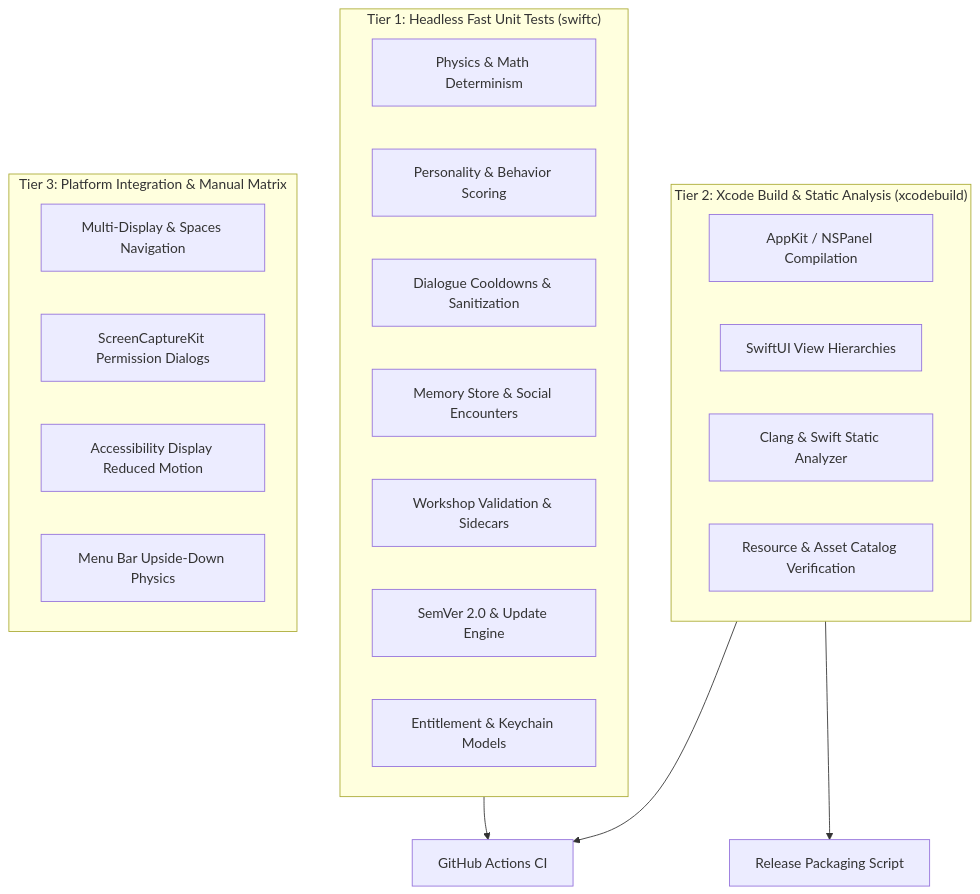
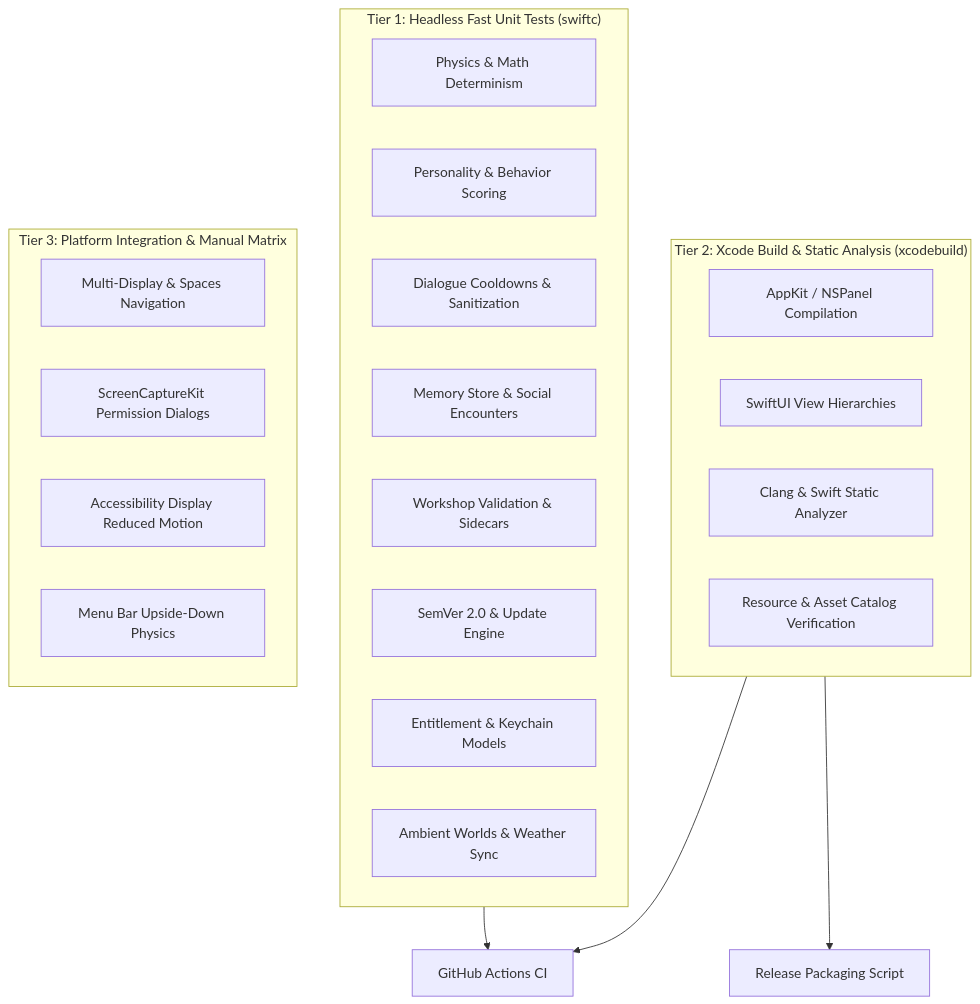
One commit to sharmao07/Animatto changed the diagram in docs/TEST_PLAN.md. Above: the diagram before and after it, drawn with Mermaid. The commit also changed other lines of this file and 6 other files, not shown here.

Commit message:
docs: finalize roadmap and release documentation

````diff
--- a/docs/TEST_PLAN.md
+++ b/docs/TEST_PLAN.md
@@ -14,30 +14,31 @@
 ```mermaid
 flowchart TD
     subgraph L1 ["Tier 1: Headless Fast Unit Tests (swiftc)"]
         U1["Physics & Math Determinism"]
         U2["Personality & Behavior Scoring"]
         U3["Dialogue Cooldowns & Sanitization"]
         U4["Memory Store & Social Encounters"]
         U5["Workshop Validation & Sidecars"]
         U6["SemVer 2.0 & Update Engine"]
         U7["Entitlement & Keychain Models"]
+        U8["Ambient Worlds & Weather Sync"]
     end
     
     subgraph L2 ["Tier 2: Xcode Build & Static Analysis (xcodebuild)"]
         X1["AppKit / NSPanel Compilation"]
         X2["SwiftUI View Hierarchies"]
         X3["Clang & Swift Static Analyzer"]
         X4["Resource & Asset Catalog Verification"]
     end
     
     subgraph L3 ["Tier 3: Platform Integration & Manual Matrix"]
         M1["Multi-Display & Spaces Navigation"]
         M2["ScreenCaptureKit Permission Dialogs"]
         M3["Accessibility Display Reduced Motion"]
         M4["Menu Bar Upside-Down Physics"]
     end
     
     L1 --> CI["GitHub Actions CI"]
     L2 --> CI
     L2 --> DMG["Release Packaging Script"]
 ```
````
